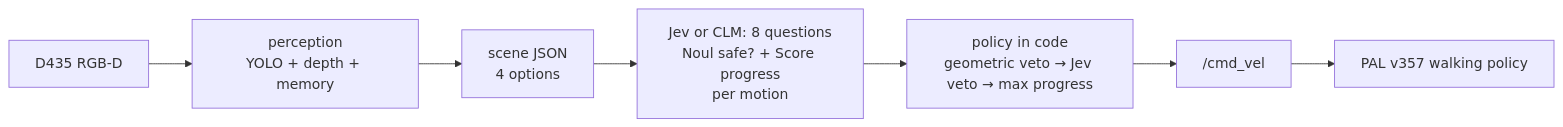
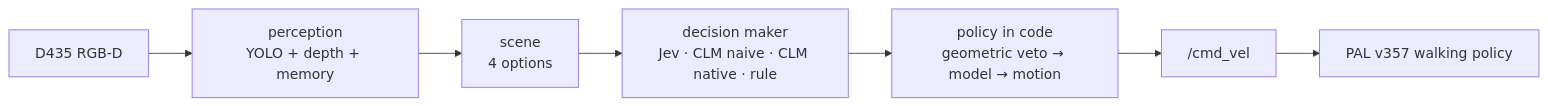
The diagram in REPORT.md (OscarMrZ/kangaroo-jev), drawn with Mermaid before and after one commit. The commit also changed other lines of this file and 10 other files, not shown here.

Commit message:
CLM native in the closed loop; report split by decision maker, image CLM pending

````diff
--- a/REPORT.md
+++ b/REPORT.md
@@ -45,8 +50,8 @@
 ```mermaid
 flowchart LR
     cam["D435 RGB-D"] --> per["perception<br/>YOLO + depth + memory"]
-    per --> scene["scene JSON<br/>4 options"]
-    scene --> jev["Jev or CLM: 8 questions<br/>Noul safe? + Score progress<br/>per motion"]
-    jev --> pol["policy in code<br/>geometric veto → Jev veto → max progress"]
+    per --> scene["scene<br/>4 options"]
+    scene --> dm["decision maker<br/>Jev · CLM naive · CLM native · rule"]
+    dm --> pol["policy in code<br/>geometric veto → model → motion"]
     pol --> cmd["/cmd_vel"] --> loco["PAL v357 walking policy"]
 ```
````
